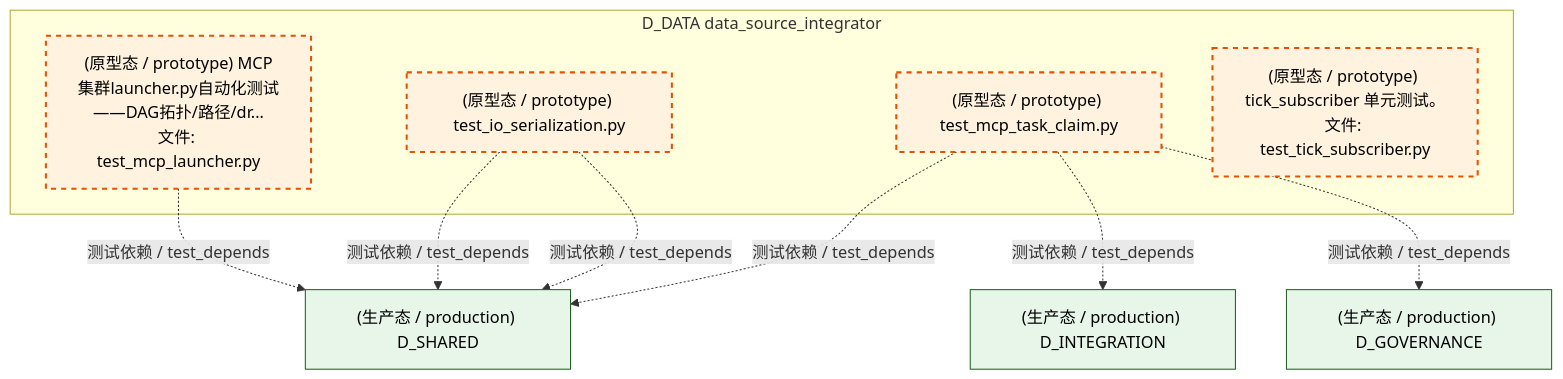
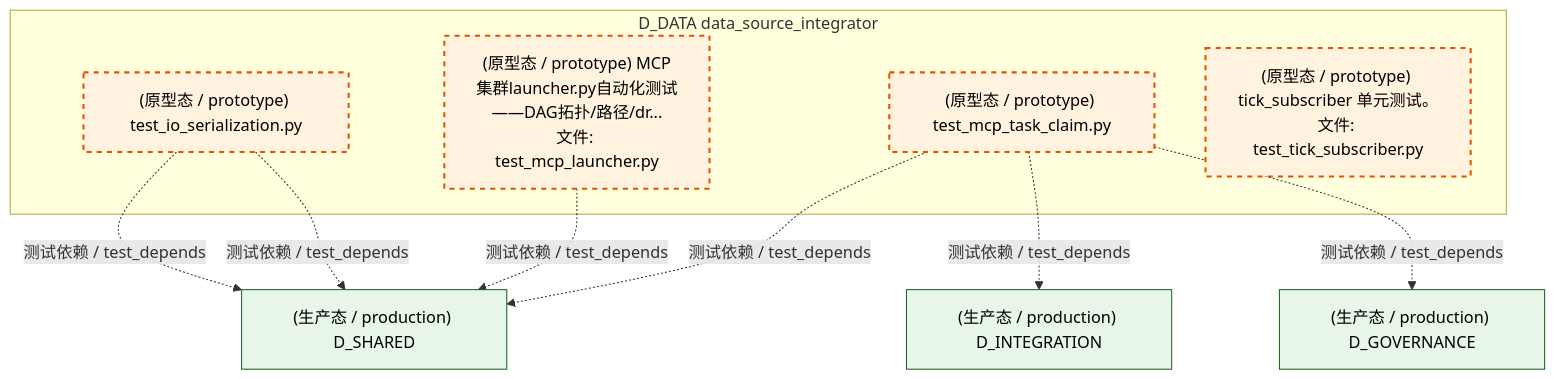
Before and after one commit to xuanFelixVan/ZephyrAlpha: the third of 6 diagrams in docs/02_enterprise_architecture/02_domain_architecture_docs/61_d_data.md, drawn with Mermaid. The commit also changed other lines of this file and 126 other files, not shown here.

````diff
--- a/docs/02_enterprise_architecture/02_domain_architecture_docs/61_d_data.md
+++ b/docs/02_enterprise_architecture/02_domain_architecture_docs/61_d_data.md
@@ -310,24 +309,24 @@
 ```mermaid
 graph TD
     subgraph D_DATA["D_DATA data_source_integrator"]
         tests_io_test_io_serialization_py["(原型态 / prototype) test_io_serialization.py"]
         tests_io_test_mcp_launcher_py["(原型态 / prototype) MCP集群launcher.py自动化测试——DAG拓扑/路径/dr...<br/>文件: test_mcp_launcher.py"]
         tests_io_test_mcp_task_claim_py["(原型态 / prototype) test_mcp_task_claim.py"]
         tests_zephyr_data_test_tick_subscriber_py["(原型态 / prototype) tick_subscriber 单元测试。<br/>文件: test_tick_subscriber.py"]
     end
     D_INTEGRATION["(生产态 / production) D_INTEGRATION"]
     tests_io_test_mcp_task_claim_py -.->|测试依赖 / test_depends| D_INTEGRATION
     D_SHARED["(生产态 / production) D_SHARED"]
     tests_io_test_mcp_task_claim_py -.->|测试依赖 / test_depends| D_SHARED
+    tests_io_test_mcp_launcher_py -.->|测试依赖 / test_depends| D_SHARED
     D_GOVERNANCE["(生产态 / production) D_GOVERNANCE"]
     tests_io_test_mcp_task_claim_py -.->|测试依赖 / test_depends| D_GOVERNANCE
     tests_io_test_io_serialization_py -.->|测试依赖 / test_depends| D_SHARED
     tests_io_test_io_serialization_py -.->|测试依赖 / test_depends| D_SHARED
-    tests_io_test_mcp_launcher_py -.->|测试依赖 / test_depends| D_SHARED
     classDef production fill:#e1f5fe,stroke:#01579b,stroke-width:2px,color:#000
     classDef design fill:#fff3e0,stroke:#e65100,stroke-width:2px,color:#000,stroke-dasharray: 5 5
     classDef external_prod fill:#e8f5e9,stroke:#1b5e20,stroke-width:1px,color:#000
     classDef external_design fill:#fce4ec,stroke:#880e4f,stroke-width:1px,color:#000,stroke-dasharray: 5 5
     class tests_io_test_io_serialization_py,tests_io_test_mcp_launcher_py,tests_io_test_mcp_task_claim_py,tests_zephyr_data_test_tick_subscriber_py design
     class D_INTEGRATION,D_SHARED,D_GOVERNANCE external_prod
 ```
````
